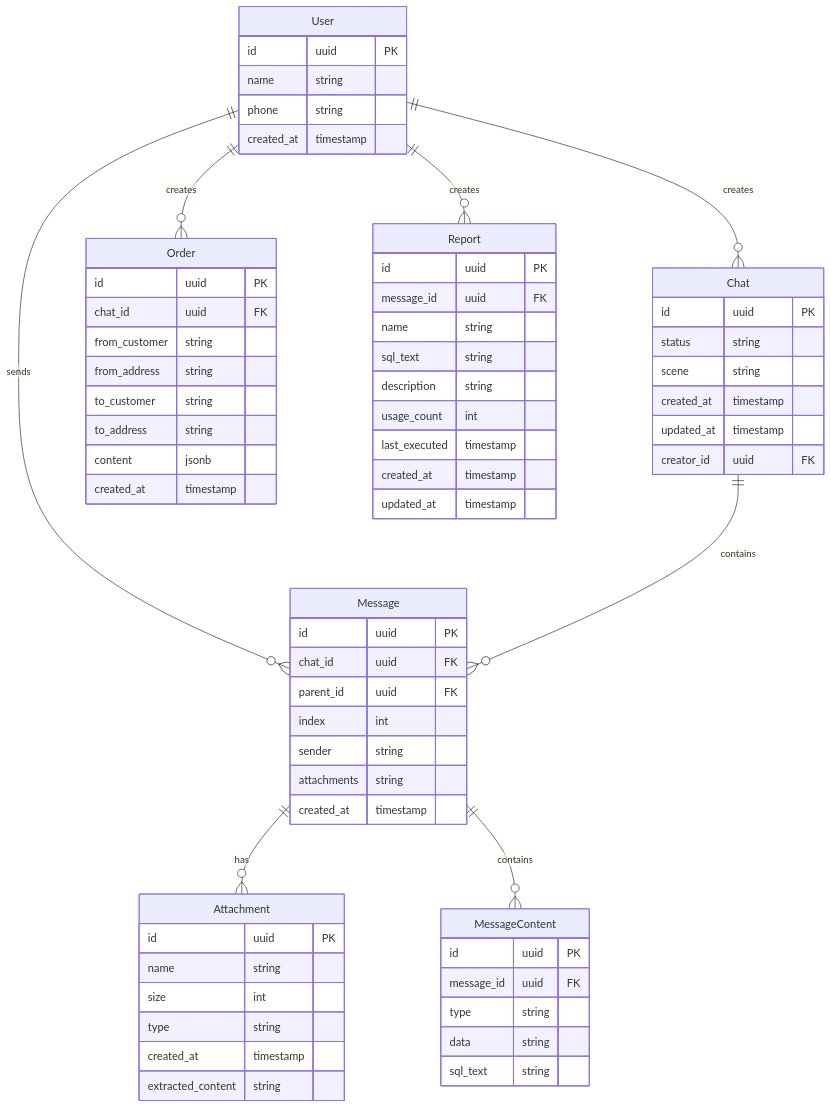
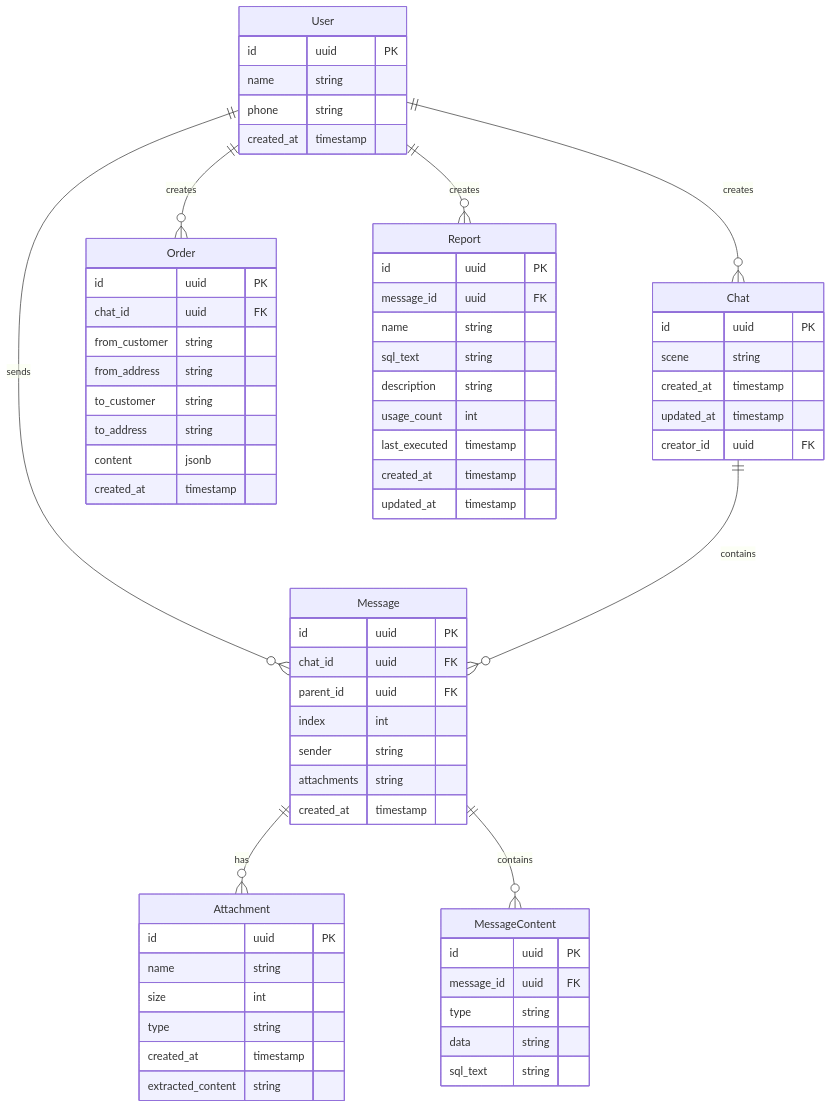
One commit to hanhzf/aiops changed the diagram in ai-coding/output/逻辑模型E-R图.md. Above: the diagram before and after it, drawn with Mermaid. The commit also changed 6 other files, not shown here.

Commit message:
update er

````diff
--- a/ai-coding/output/逻辑模型E-R图.md
+++ b/ai-coding/output/逻辑模型E-R图.md
@@ -3,77 +3,76 @@
 ```mermaid
 erDiagram
     User ||--o{ Chat : creates
     User ||--o{ Message : sends
     User ||--o{ Order : creates
     User ||--o{ Report : creates
 
     Chat ||--o{ Message : contains
     Message ||--o{ Attachment : has
     Message ||--o{ MessageContent : contains
     
     Chat {
         id uuid PK
-        status string
         scene string
         created_at timestamp
         updated_at timestamp
         creator_id uuid FK
     }
 
     Message {
         id uuid PK
         chat_id uuid FK
         parent_id uuid FK
         index int
         sender string
         attachments string
         created_at timestamp
     }
 
     MessageContent {
         id uuid PK
         message_id uuid FK
         type string
         data string
         sql_text string
     }
 
     Attachment {
         id uuid PK
         name string 
         size int
         type string
         created_at timestamp
         extracted_content string
     }
 
     Order {
         id uuid PK
         chat_id uuid FK
         from_customer string
         from_address string
         to_customer string
         to_address string
         content jsonb
         created_at timestamp
     }
 
     Report {
         id uuid PK
         message_id uuid FK
         name string
         sql_text string
         description string 
         usage_count int
         last_executed timestamp
         created_at timestamp
         updated_at timestamp
     }
 
     User {
         id uuid PK
         name string
         phone string
         created_at timestamp
     }
 ```
````
